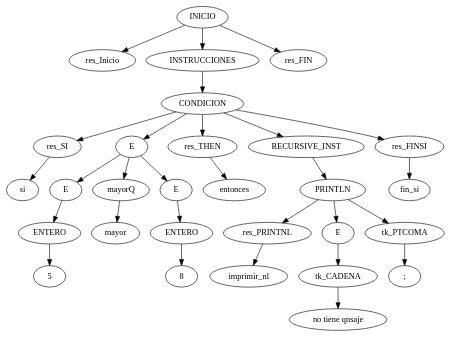
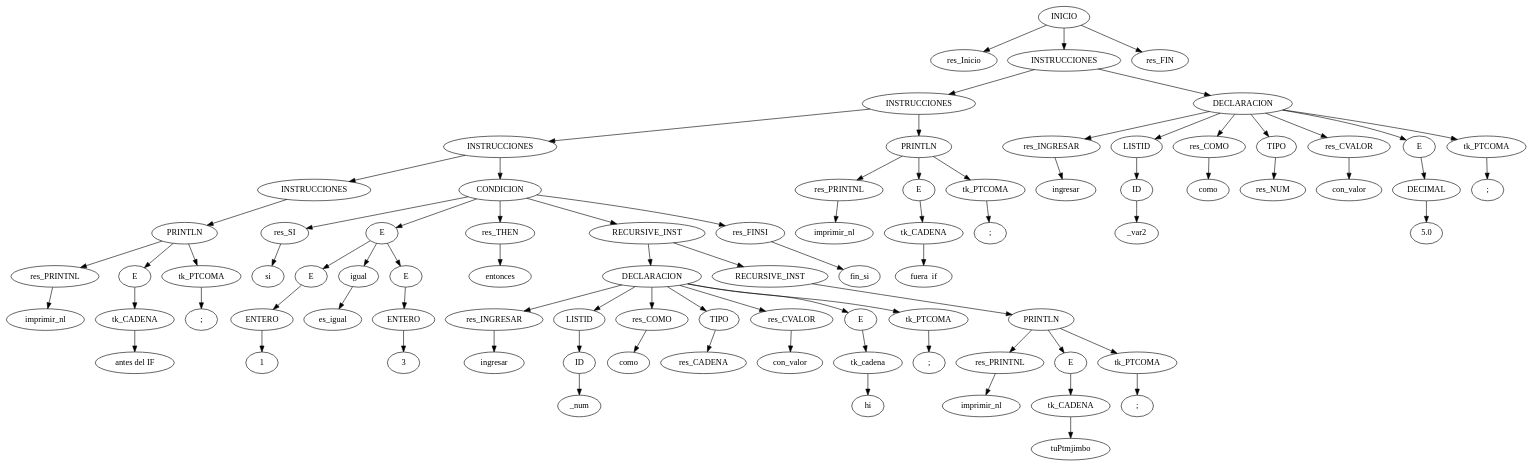
Before and after one commit to Ijosuer/-OLC1-_202000895: the diagram in Arbol_Sintactico.dot, drawn with Graphviz. The commit also changed 37 other files, not shown here.

```diff
--- a/Arbol_Sintactico.dot
+++ b/Arbol_Sintactico.dot
@@ -1,62 +1,170 @@
 digraph AST{
 
 node0[label = "INICIO"];
 node0 -> node00
 node00[label = "res_Inicio"];
 node0 -> node01
 node01[label = "INSTRUCCIONES"];
 node01 -> node010
-node010[label = "CONDICION"];
+node010[label = "INSTRUCCIONES"];
 node010 -> node0100
-node0100[label = "res_SI"];
-node0100c[label = "si"];
-node0100 -> node0100c
+node0100[label = "INSTRUCCIONES"];
+node0100 -> node01000
+node01000[label = "INSTRUCCIONES"];
+node01000 -> node010000
+node010000[label = "PRINTLN"];
+node010000 -> node0100000
+node0100000[label = "res_PRINTNL"];
+node0100000c[label = "imprimir_nl"];
+node0100000 -> node0100000c
+node010000 -> node0100001
+node0100001[label = "E"];
+node0100001 -> node01000010
+node01000010[label = "tk_CADENA"];
+node01000010c[label = "antes del IF"];
+node01000010 -> node01000010c
+node010000 -> node0100002
+node0100002[label = "tk_PTCOMA"];
+node0100002c[label = ";"];
+node0100002 -> node0100002c
+node0100 -> node01001
+node01001[label = "CONDICION"];
+node01001 -> node010010
+node010010[label = "res_SI"];
+node010010c[label = "si"];
+node010010 -> node010010c
+node01001 -> node010011
+node010011[label = "E"];
+node010011 -> node0100110
+node0100110[label = "E"];
+node0100110 -> node01001100
+node01001100[label = "ENTERO"];
+node01001100c[label = "1"];
+node01001100 -> node01001100c
+node010011 -> node0100111
+node0100111[label = "igual"];
+node0100111c[label = "es_igual"];
+node0100111 -> node0100111c
+node010011 -> node0100112
+node0100112[label = "E"];
+node0100112 -> node01001120
+node01001120[label = "ENTERO"];
+node01001120c[label = "3"];
+node01001120 -> node01001120c
+node01001 -> node010012
+node010012[label = "res_THEN"];
+node010012c[label = "entonces"];
+node010012 -> node010012c
+node01001 -> node010013
+node010013[label = "RECURSIVE_INST"];
+node010013 -> node0100130
+node0100130[label = "DECLARACION"];
+node0100130 -> node01001300
+node01001300[label = "res_INGRESAR"];
+node01001300c[label = "ingresar"];
+node01001300 -> node01001300c
+node0100130 -> node01001301
+node01001301[label = "LISTID"];
+node01001301 -> node010013010
+node010013010[label = "ID"];
+node010013010c[label = "_num"];
+node010013010 -> node010013010c
+node0100130 -> node01001302
+node01001302[label = "res_COMO"];
+node01001302c[label = "como"];
+node01001302 -> node01001302c
+node0100130 -> node01001303
+node01001303[label = "TIPO"];
+node01001303 -> node010013030
+node010013030[label = "res_CADENA"];
+node0100130 -> node01001304
+node01001304[label = "res_CVALOR"];
+node01001304c[label = "con_valor"];
+node01001304 -> node01001304c
+node0100130 -> node01001305
+node01001305[label = "E"];
+node01001305 -> node010013050
+node010013050[label = "tk_cadena"];
+node010013050c[label = "hi"];
+node010013050 -> node010013050c
+node0100130 -> node01001306
+node01001306[label = "tk_PTCOMA"];
+node01001306c[label = ";"];
+node01001306 -> node01001306c
+node010013 -> node0100131
+node0100131[label = "RECURSIVE_INST"];
+node0100131 -> node01001310
+node01001310[label = "PRINTLN"];
+node01001310 -> node010013100
+node010013100[label = "res_PRINTNL"];
+node010013100c[label = "imprimir_nl"];
+node010013100 -> node010013100c
+node01001310 -> node010013101
+node010013101[label = "E"];
+node010013101 -> node0100131010
+node0100131010[label = "tk_CADENA"];
+node0100131010c[label = "tuPtmjimbo"];
+node0100131010 -> node0100131010c
+node01001310 -> node010013102
+node010013102[label = "tk_PTCOMA"];
+node010013102c[label = ";"];
+node010013102 -> node010013102c
+node01001 -> node010014
+node010014[label = "res_FINSI"];
+node010014c[label = "fin_si"];
+node010014 -> node010014c
 node010 -> node0101
-node0101[label = "E"];
+node0101[label = "PRINTLN"];
 node0101 -> node01010
-node01010[label = "E"];
-node01010 -> node010100
-node010100[label = "ENTERO"];
-node010100c[label = "5"];
-node010100 -> node010100c
+node01010[label = "res_PRINTNL"];
+node01010c[label = "imprimir_nl"];
+node01010 -> node01010c
 node0101 -> node01011
-node01011[label = "mayorQ"];
-node01011c[label = "mayor"];
-node01011 -> node01011c
+node01011[label = "E"];
+node01011 -> node010110
+node010110[label = "tk_CADENA"];
+node010110c[label = "fuera  if"];
+node010110 -> node010110c
 node0101 -> node01012
-node01012[label = "E"];
-node01012 -> node010120
-node010120[label = "ENTERO"];
-node010120c[label = "8"];
-node010120 -> node010120c
-node010 -> node0102
-node0102[label = "res_THEN"];
-node0102c[label = "entonces"];
-node0102 -> node0102c
-node010 -> node0103
-node0103[label = "RECURSIVE_INST"];
-node0103 -> node01030
-node01030[label = "PRINTLN"];
-node01030 -> node010300
-node010300[label = "res_PRINTNL"];
-node010300c[label = "imprimir_nl"];
-node010300 -> node010300c
-node01030 -> node010301
-node010301[label = "E"];
-node010301 -> node0103010
-node0103010[label = "tk_CADENA"];
-node0103010c[label = "no tiene qnsaje"];
-node0103010 -> node0103010c
-node01030 -> node010302
-node010302[label = "tk_PTCOMA"];
-node010302c[label = ";"];
-node010302 -> node010302c
-node010 -> node0104
-node0104[label = "res_FINSI"];
-node0104c[label = "fin_si"];
-node0104 -> node0104c
+node01012[label = "tk_PTCOMA"];
+node01012c[label = ";"];
+node01012 -> node01012c
+node01 -> node011
+node011[label = "DECLARACION"];
+node011 -> node0110
+node0110[label = "res_INGRESAR"];
+node0110c[label = "ingresar"];
+node0110 -> node0110c
+node011 -> node0111
+node0111[label = "LISTID"];
+node0111 -> node01110
+node01110[label = "ID"];
+node01110c[label = "_var2"];
+node01110 -> node01110c
+node011 -> node0112
+node0112[label = "res_COMO"];
+node0112c[label = "como"];
+node0112 -> node0112c
+node011 -> node0113
+node0113[label = "TIPO"];
+node0113 -> node01130
+node01130[label = "res_NUM"];
+node011 -> node0114
+node0114[label = "res_CVALOR"];
+node0114c[label = "con_valor"];
+node0114 -> node0114c
+node011 -> node0115
+node0115[label = "E"];
+node0115 -> node01150
+node01150[label = "DECIMAL"];
+node01150c[label = "5.0"];
+node01150 -> node01150c
+node011 -> node0116
+node0116[label = "tk_PTCOMA"];
+node0116c[label = ";"];
+node0116 -> node0116c
 node0 -> node02
 node02[label = "res_FIN"];
 
 
 }
```
